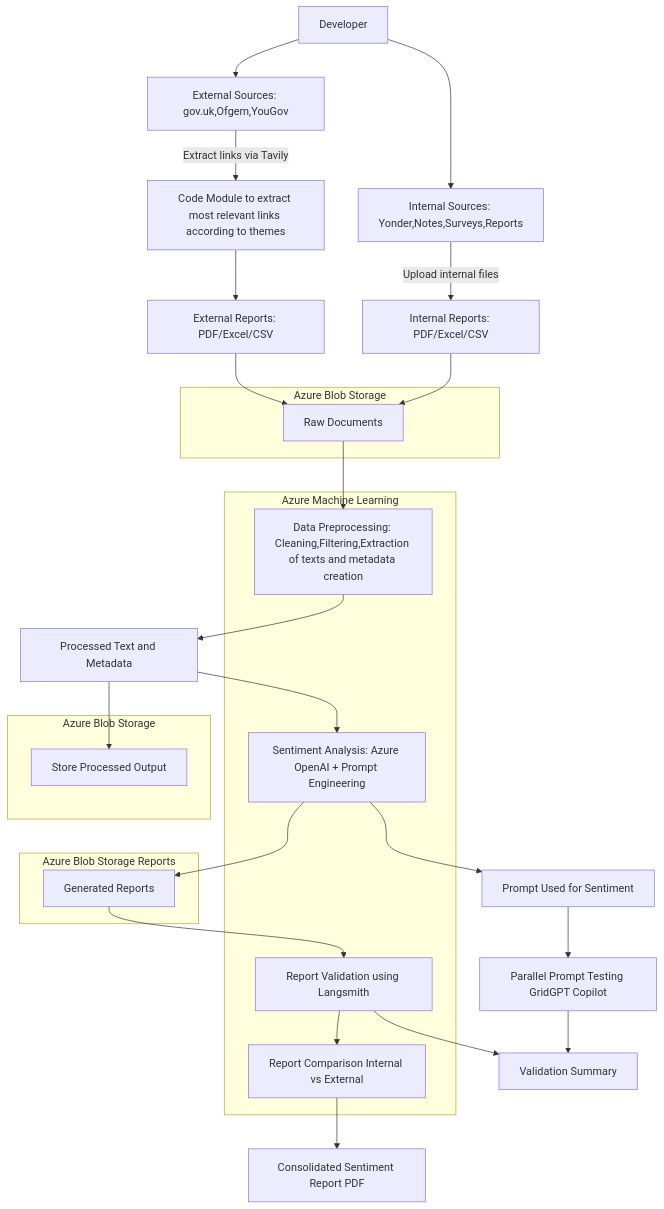
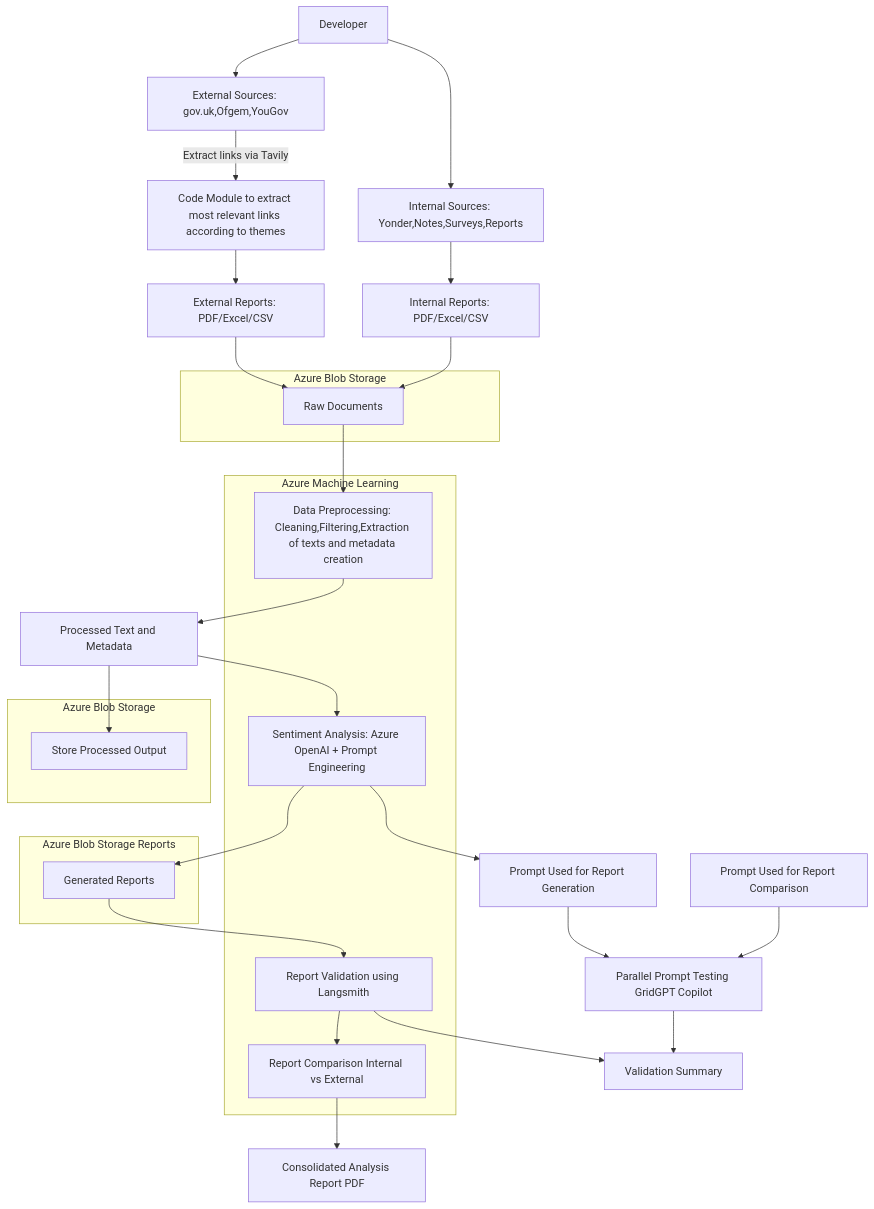
Before and after one commit to heena98765/Sentiment-analysis: the diagram in docs/architecture.md, drawn with Mermaid.

Commit message:
Update architecture documentation for report generation

````diff
--- a/docs/architecture.md
+++ b/docs/architecture.md
@@ -5,68 +5,71 @@
 ```mermaid
 flowchart TB
 
     DEV[Developer]
 
     EXT_SOURCES[External Sources: gov.uk,Ofgem,YouGov]
     INT_SOURCES[Internal Sources: Yonder,Notes,Surveys,Reports]
 
     DEV --> EXT_SOURCES
     DEV --> INT_SOURCES
 
     EXT_SOURCES -->|Extract links via Tavily| TAVILY[Code Module to extract most relevant links according to themes]
     TAVILY -->EXT_DOCS[External Reports: PDF/Excel/CSV]
 
-    INT_SOURCES -->|Upload internal files| INT_DOCS[Internal Reports: PDF/Excel/CSV]
+    INT_SOURCES --> INT_DOCS[Internal Reports: PDF/Excel/CSV]
 
     subgraph BLOB1[Azure Blob Storage ]
         RAW_STORE[Raw Documents]
     end
 
     EXT_DOCS --> RAW_STORE
     INT_DOCS --> RAW_STORE
 
     %% Azure ML Block
     subgraph AML[Azure Machine Learning]
         PREPROC[Data Preprocessing: Cleaning,Filtering,Extraction of texts and metadata creation]
         SA[Sentiment Analysis: Azure OpenAI + Prompt Engineering]
         VALID[Report Validation using Langsmith]
         COMPARE[Report Comparison Internal vs External]
     end
 
     RAW_STORE --> PREPROC
 
     PROC_OUT[Processed Text and Metadata]
     PREPROC --> PROC_OUT
 
     subgraph BLOB2[Azure Blob Storage]
         FINAL_PROC_STORE[Store Processed Output]
     end
     PROC_OUT --> FINAL_PROC_STORE
 
     PROC_OUT --> SA
 
-    PROMPT_USED1[Prompt Used for Sentiment]
+    PROMPT_USED1[Prompt Used for Report Generation]
     SA --> PROMPT_USED1
+    PROMPT_USED2[Prompt Used for Report Comparison]
 
     subgraph BLOB3[Azure Blob Storage Reports]
         REPORT_STORE[Generated Reports]
     end
 
     SA --> REPORT_STORE
 
     REPORT_STORE --> VALID
     VAL_SUMMARY[Validation Summary]
     VALID --> VAL_SUMMARY
 
     GRIDGPT[Parallel Prompt Testing GridGPT Copilot]
     PROMPT_USED1 --> GRIDGPT
+    PROMPT_USED2 --> GRIDGPT
+    
     GRIDGPT --> VAL_SUMMARY
 
     VALID --> COMPARE
 
 
 
-    FINAL_OUTPUT[Consolidated Sentiment Report PDF]
+    FINAL_OUTPUT[Consolidated Analysis Report PDF]
     COMPARE --> FINAL_OUTPUT
 
 ```
````
